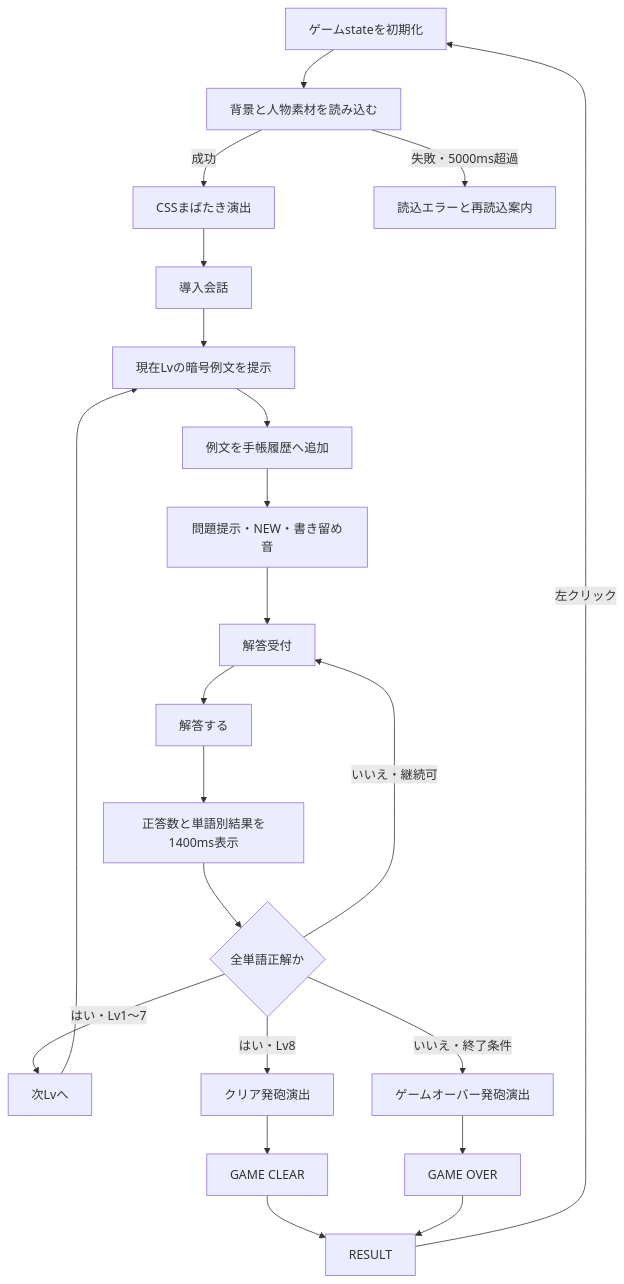
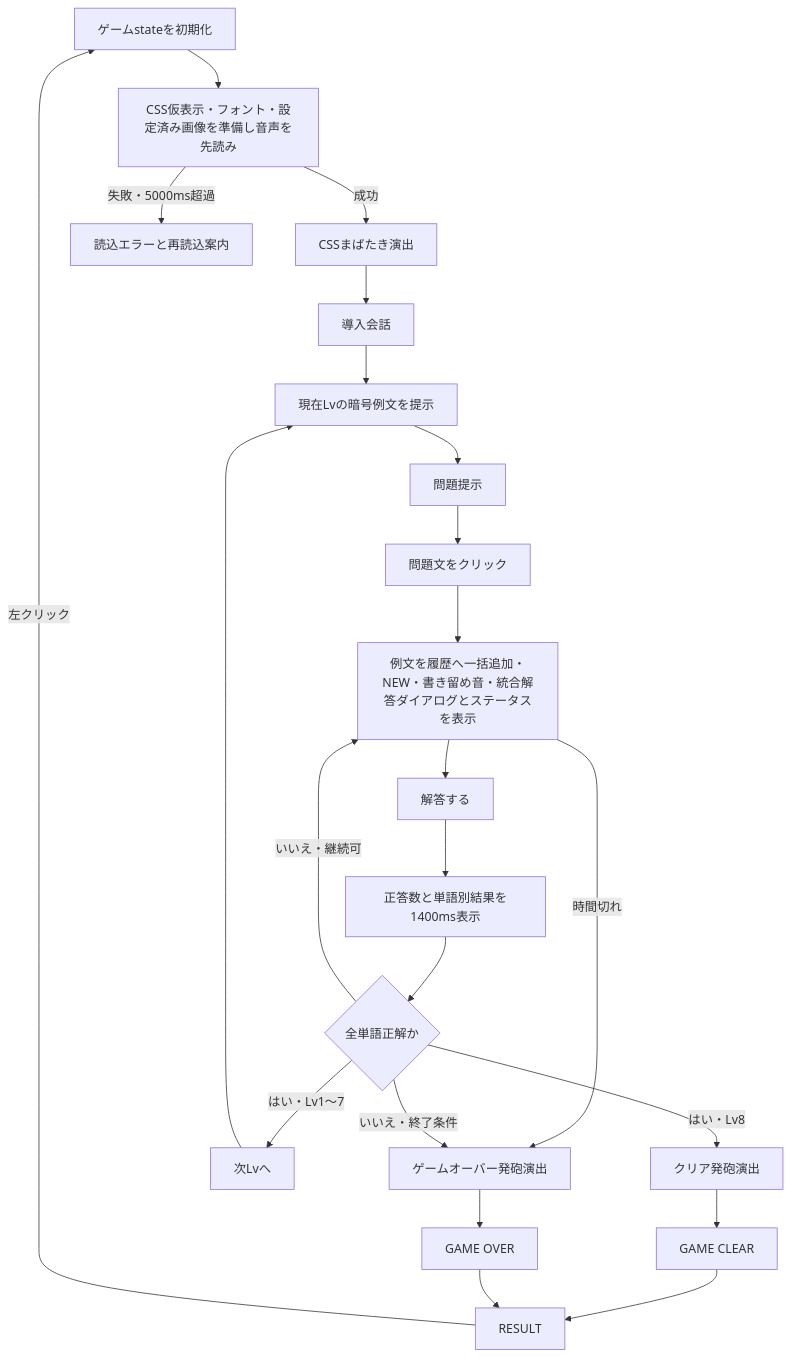
Before and after one commit to lycanthr0pes/language-deciphering-game: the first of 13 diagrams in docs/project-flow.md, drawn with Mermaid. The commit also changed other lines of this file and 40 other files, not shown here.

````diff
--- a/docs/project-flow.md
+++ b/docs/project-flow.md
@@ -20,24 +20,25 @@
 ```mermaid
 flowchart TD
-    A[ゲームstateを初期化] --> B[背景と人物素材を読み込む]
+    A[ゲームstateを初期化] --> B[CSS仮表示・フォント・設定済み画像を準備し音声を先読み]
     B -->|成功| C[CSSまばたき演出]
     B -->|失敗・5000ms超過| X[読込エラーと再読込案内]
     C --> D[導入会話]
     D --> E[現在Lvの暗号例文を提示]
-    E --> F[例文を手帳履歴へ追加]
-    F --> G[問題提示・NEW・書き留め音]
-    G --> H[解答受付]
+    E --> F[問題提示]
+    F --> G[問題文をクリック]
+    G --> H[例文を履歴へ一括追加・NEW・書き留め音・統合解答ダイアログとステータスを表示]
+    H -->|時間切れ| N[ゲームオーバー発砲演出]
     H --> I[解答する]
     I --> J[正答数と単語別結果を1400ms表示]
     J --> K{全単語正解か}
     K -->|はい・Lv1〜7| L[次Lvへ]
     L --> E
     K -->|はい・Lv8| M[クリア発砲演出]
     K -->|いいえ・継続可| H
     K -->|いいえ・終了条件| N[ゲームオーバー発砲演出]
     M --> O[GAME CLEAR]
     N --> P[GAME OVER]
     O --> Q[RESULT]
     P --> Q
     Q -->|左クリック| A
 ```
````
